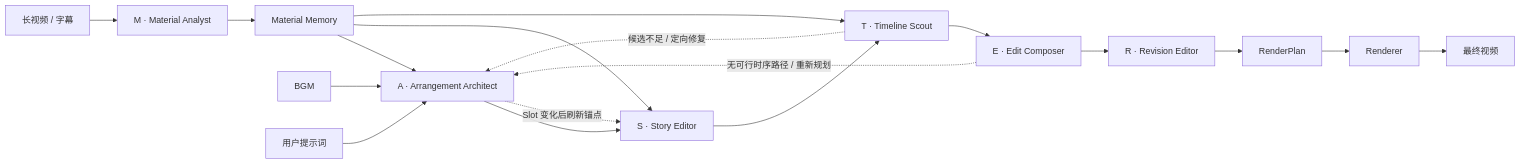
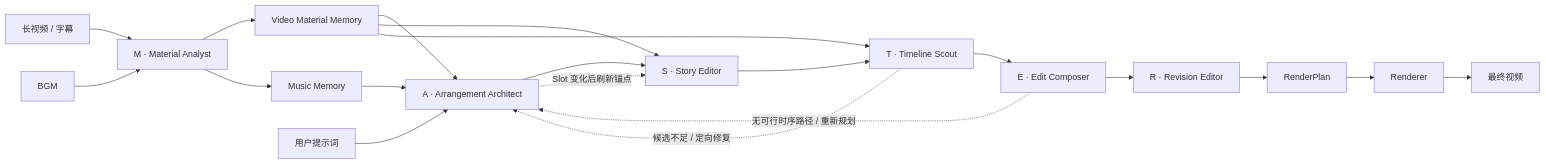
The diagram in README.md (hit-felix-chen/CutMaster), drawn with Mermaid before and after one commit. The commit also changed other lines of this file and 34 other files, not shown here.

Commit message:
feat: add material library for video and music analysis

````diff
--- a/README.md
+++ b/README.md
@@ -46,22 +46,24 @@
 ```mermaid
 flowchart LR
     V["长视频 / 字幕"] --> M["M · Material Analyst"]
-    M --> MM["Material Memory"]
+    B["BGM"] --> M
+    M --> VM["Video Material Memory"]
+    M --> MU["Music Memory"]
 
-    B["BGM"] --> A["A · Arrangement Architect"]
-    P["用户提示词"] --> A
-    MM --> A
+    P["用户提示词"] --> A["A · Arrangement Architect"]
+    VM --> A
+    MU --> A
     A --> S["S · Story Editor"]
-    MM --> S
+    VM --> S
     S --> T["T · Timeline Scout"]
-    MM --> T
+    VM --> T
     T --> E["E · Edit Composer"]
     E --> R["R · Revision Editor"]
     R --> RP["RenderPlan"]
     RP --> RD["Renderer"]
     RD --> O["最终视频"]
 
     T -. "候选不足 / 定向修复" .-> A
     E -. "无可行时序路径 / 重新规划" .-> A
     A -. "Slot 变化后刷新锚点" .-> S
 ```
````
